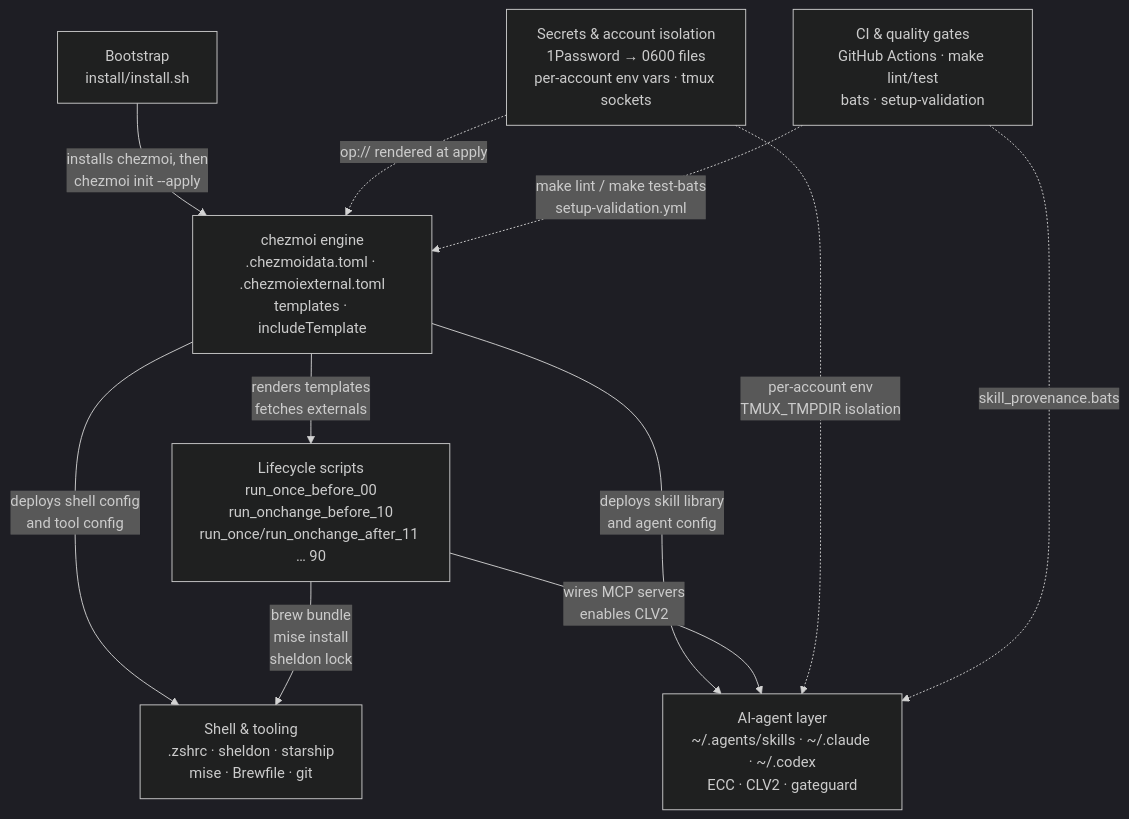
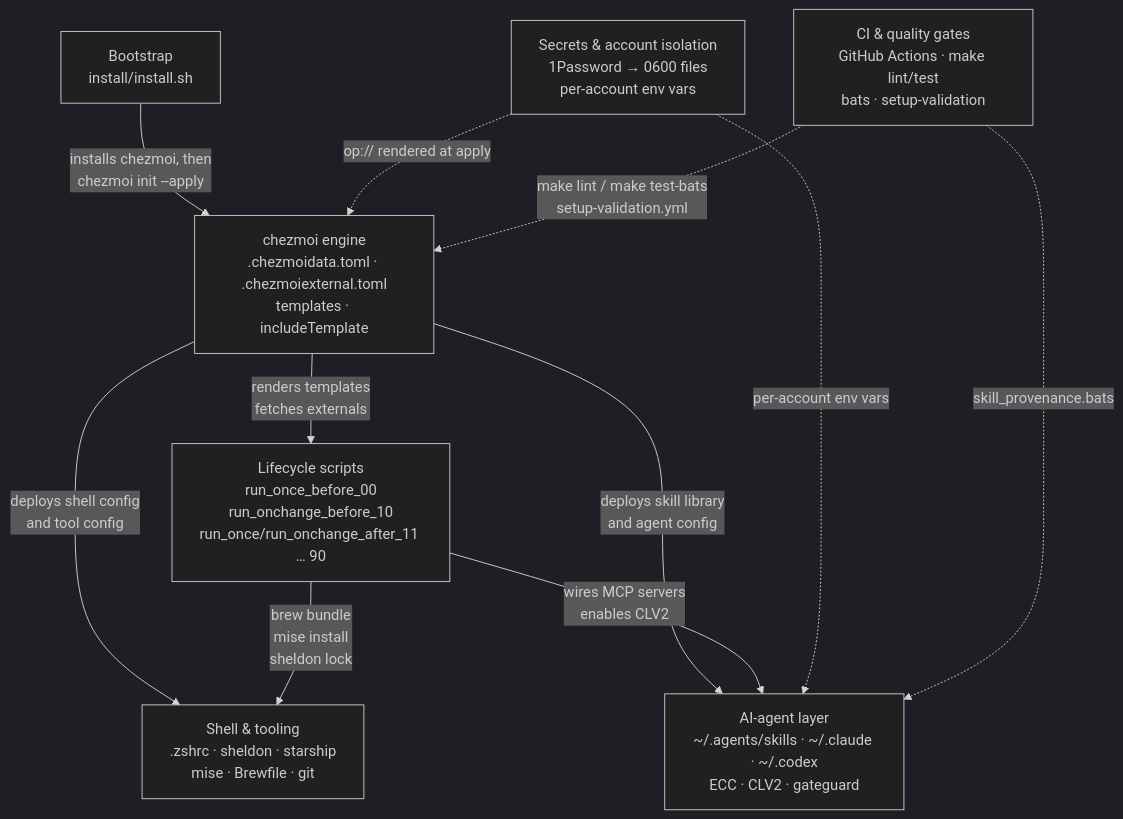
Before and after one commit to kryota-dev/dotfiles: the diagram in docs/architecture/overview.md, drawn with Mermaid (dark theme). The commit also changed other lines of this file and 46 other files, not shown here.

````diff
--- a/docs/architecture/overview.md
+++ b/docs/architecture/overview.md
@@ -15,21 +15,21 @@
 ```mermaid
 flowchart TD
     BS["Bootstrap\ninstall/install.sh"]
     CE["chezmoi engine\n.chezmoidata.toml · .chezmoiexternal.toml\ntemplates · includeTemplate"]
     LS["Lifecycle scripts\nrun_once_before_00\nrun_onchange_before_10\nrun_once/run_onchange_after_11 … 90"]
     SH["Shell & tooling\n.zshrc · sheldon · starship\nmise · Brewfile · git"]
     AI["AI-agent layer\n~/.agents/skills · ~/.claude · ~/.codex\nECC · CLV2 · gateguard"]
     CI["CI & quality gates\nGitHub Actions · make lint/test\nbats · setup-validation"]
-    SEC["Secrets & account isolation\n1Password → 0600 files\nper-account env vars · tmux sockets"]
+    SEC["Secrets & account isolation\n1Password → 0600 files\nper-account env vars"]
 
     BS -->|"installs chezmoi, then\nchezmoi init --apply"| CE
     CE -->|"renders templates\nfetches externals"| LS
     CE -->|"deploys shell config\nand tool config"| SH
     CE -->|"deploys skill library\nand agent config"| AI
     LS -->|"brew bundle\nmise install\nsheldon lock"| SH
     LS -->|"wires MCP servers\nenables CLV2"| AI
     SEC -.->|"op:// rendered at apply"| CE
-    SEC -.->|"per-account env\nTMUX_TMPDIR isolation"| AI
+    SEC -.->|"per-account env vars"| AI
     CI -.->|"make lint / make test-bats\nsetup-validation.yml"| CE
     CI -.->|"skill_provenance.bats"| AI
 ```
````
